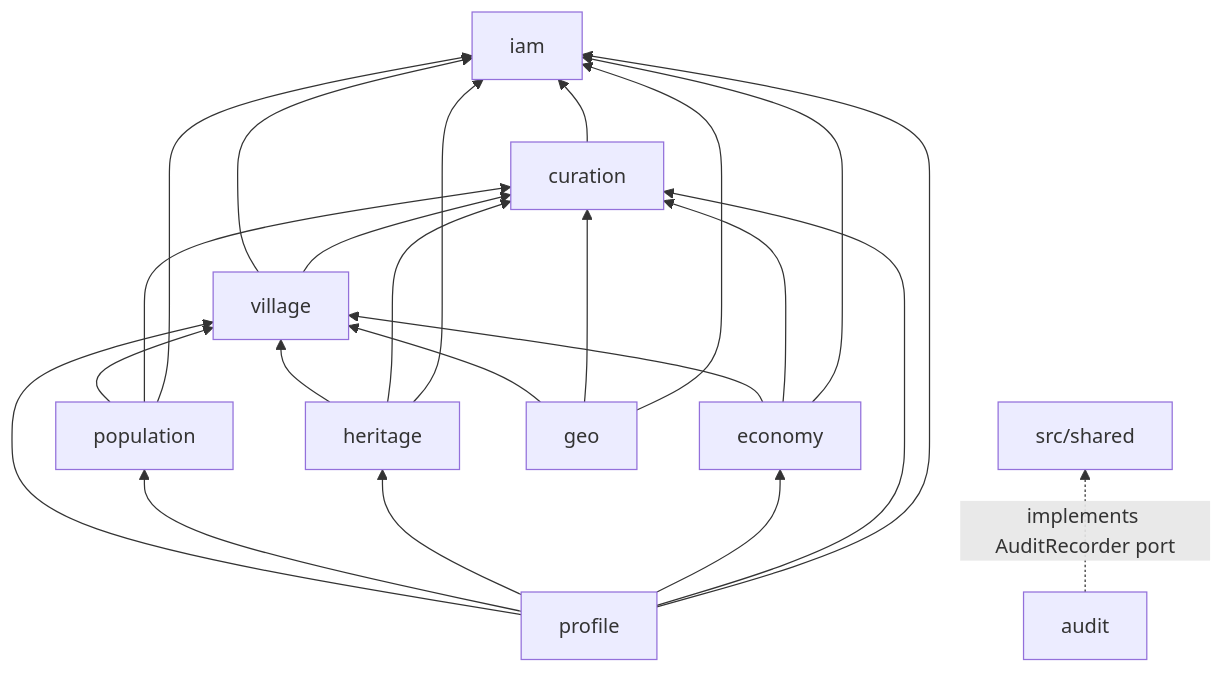
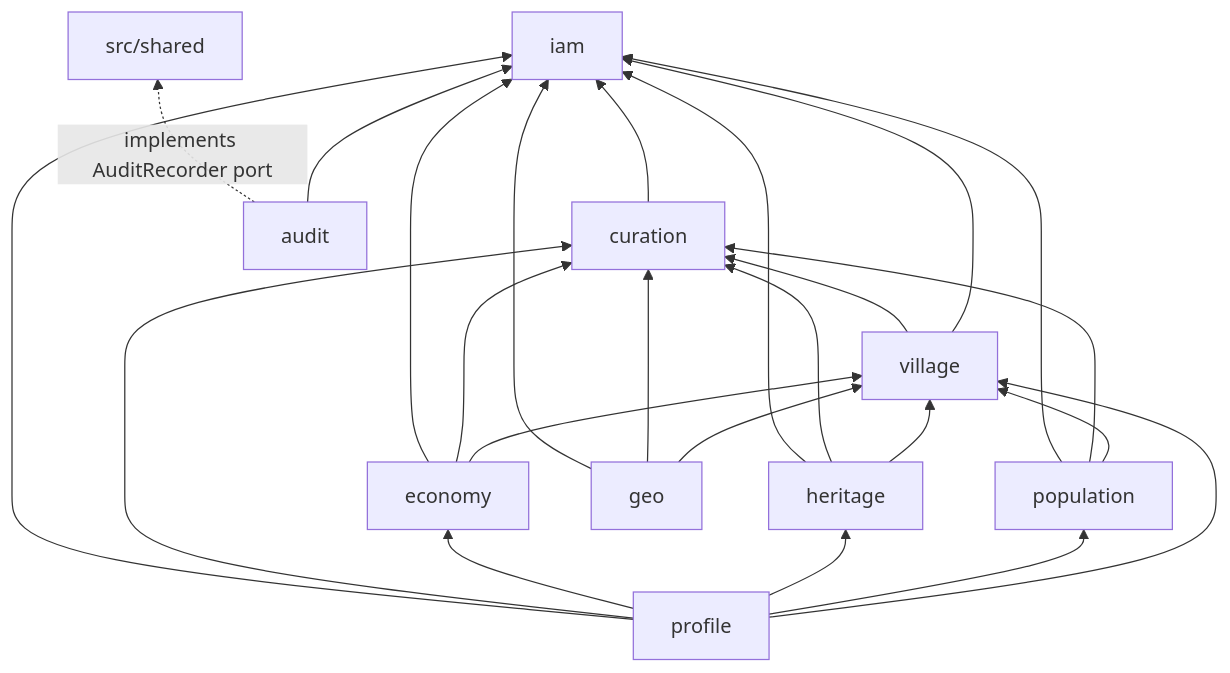
Before and after one commit to baraafanah21/Qaryati: the first of 4 diagrams in docs/architecture.md, drawn with Mermaid. The commit also changed other lines of this file and 47 other files, not shown here.

````diff
--- a/docs/architecture.md
+++ b/docs/architecture.md
@@ -37,12 +37,13 @@
 ```mermaid
 flowchart BT
   iam
   curation --> iam
   village --> iam & curation
   population --> village & curation & iam
   heritage --> village & curation & iam
   economy --> village & curation & iam
   geo --> village & curation & iam
   profile --> village & population & heritage & economy & curation & iam
+  audit --> iam
   audit -. implements AuditRecorder port .-> shared["src/shared"]
 ```
````
